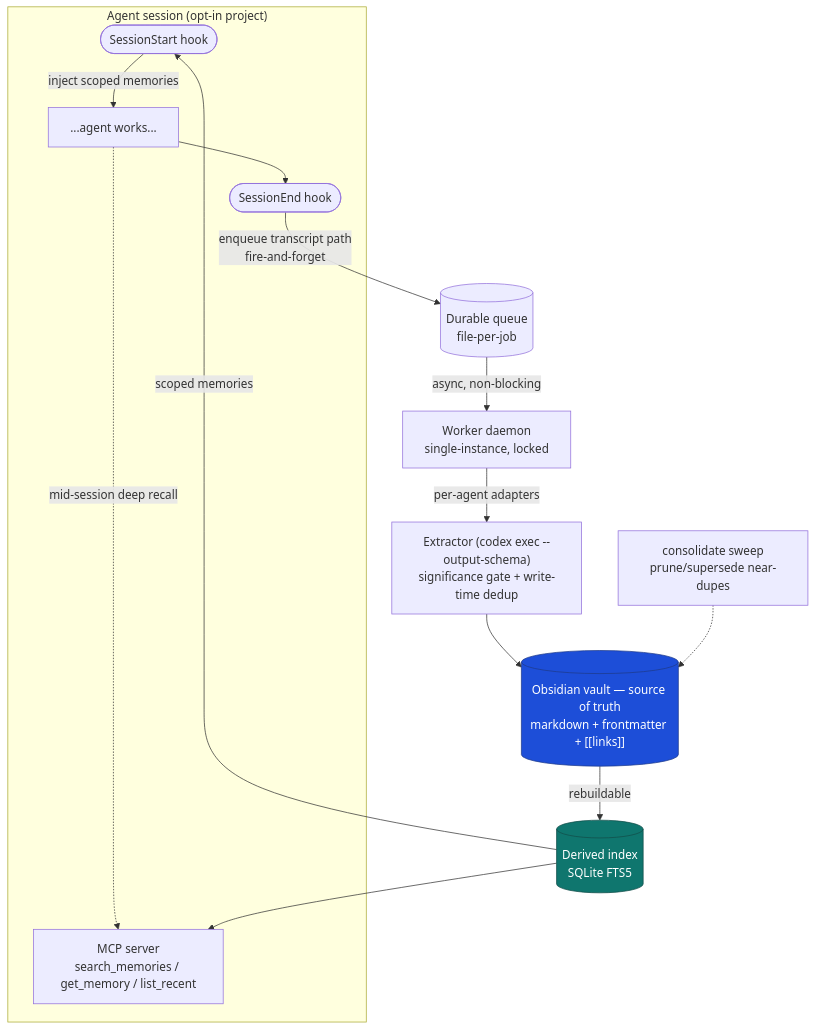
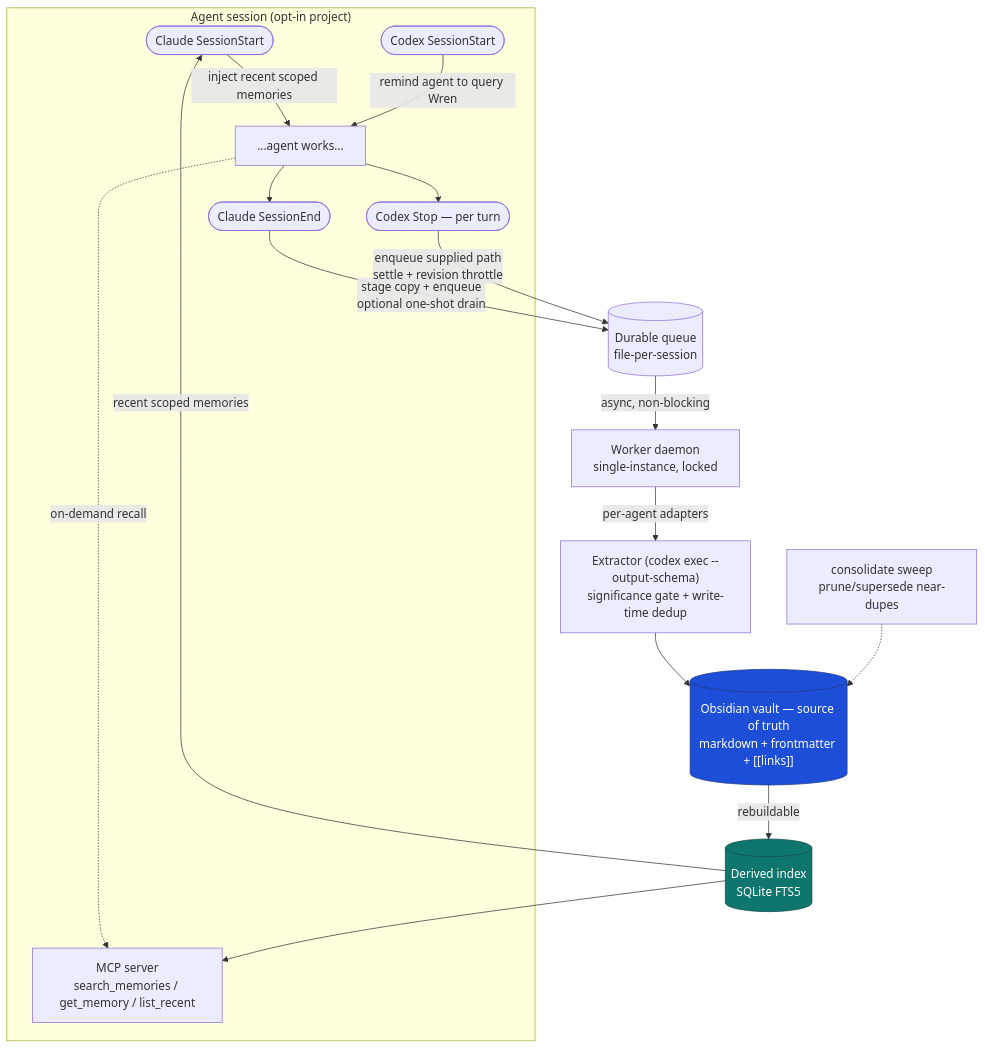
Before and after one commit to davidbits/wren: the diagram in README.md, drawn with Mermaid. The commit also changed other lines of this file, not shown here.

First line of the commit message:
docs: update capture and recall semantics

````diff
--- a/README.md
+++ b/README.md
@@ -27,25 +29,28 @@
 ```mermaid
 flowchart TD
     subgraph session["Agent session (opt-in project)"]
-        start([SessionStart hook]) -->|inject scoped memories| agent["...agent works..."]
-        agent -.->|mid-session deep recall| mcp
-        agent --> end_([SessionEnd hook])
+        claudeStart([Claude SessionStart]) -->|inject recent scoped memories| agent["...agent works..."]
+        codexStart([Codex SessionStart]) -->|remind agent to query Wren| agent
+        agent -.->|on-demand recall| mcp
+        agent --> claudeEnd([Claude SessionEnd])
+        agent --> codexStop([Codex Stop — per turn])
     end
 
-    end_ -->|enqueue transcript path<br/>fire-and-forget| queue[("Durable queue<br/>file-per-job")]
+    claudeEnd -->|stage copy + enqueue<br/>optional one-shot drain| queue[("Durable queue<br/>file-per-session")]
+    codexStop -->|enqueue supplied path<br/>settle + revision throttle| queue
     queue -->|async, non-blocking| worker["Worker daemon<br/>single-instance, locked"]
 
     worker -->|per-agent adapters| extractor["Extractor (codex exec --output-schema)<br/>significance gate + write-time dedup"]
     extractor --> vault[("Obsidian vault — source of truth<br/>markdown + frontmatter + [[links]]")]
 
     vault -->|rebuildable| index[("Derived index<br/>SQLite FTS5")]
     index --> mcp["MCP server<br/>search_memories / get_memory / list_recent"]
-    index -->|scoped memories| start
+    index -->|recent scoped memories| claudeStart
 
     consolidate["consolidate sweep<br/>prune/supersede near-dupes"] -.-> vault
 
     classDef truth fill:#1d4ed8,stroke:#1e3a8a,color:#fff;
     classDef derived fill:#0f766e,stroke:#134e4a,color:#fff;
     class vault truth;
     class index derived;
 ```
````
